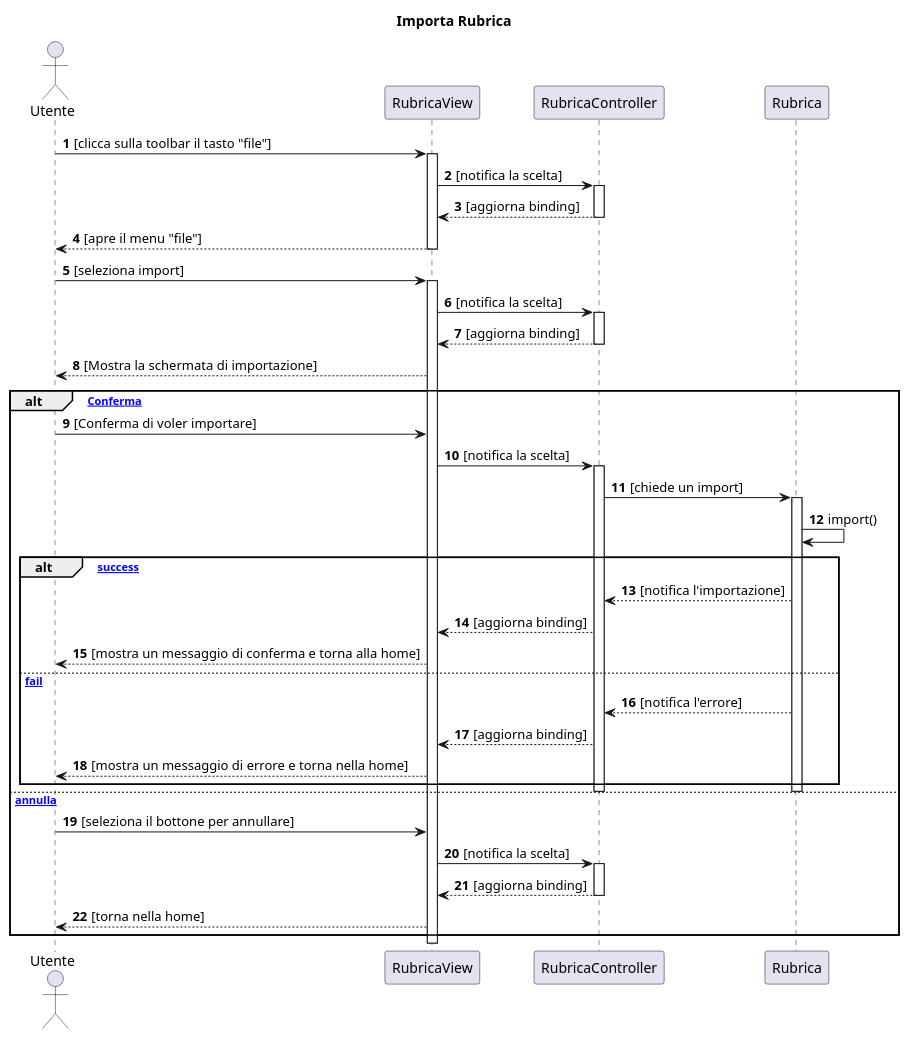
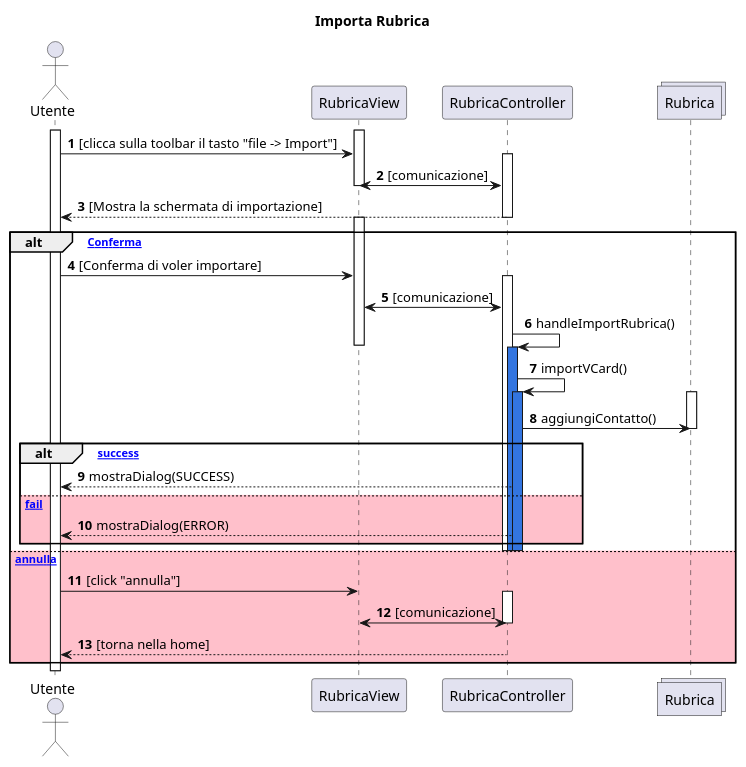
The diagram in docs/bozze/Diagrammi/Sequenza/ScenarioImport.puml (emanueletocci/uni-swe-project), drawn with PlantUML before and after one commit.

```diff
--- a/docs/bozze/Diagrammi/Sequenza/ScenarioImport.puml
+++ b/docs/bozze/Diagrammi/Sequenza/ScenarioImport.puml
@@ -1,53 +1,50 @@
 @startuml
 title Importa Rubrica
 autonumber
 actor Utente
 participant RubricaView
 participant RubricaController
-participant Rubrica
+collections Rubrica
 
-Utente->RubricaView:[clicca sulla toolbar il tasto "file"]
+activate Utente
 activate RubricaView
-RubricaView->RubricaController:[notifica la scelta]
+Utente->RubricaView:[clicca sulla toolbar il tasto "file -> Import"]
 activate RubricaController
-RubricaController-->RubricaView:[aggiorna binding]
+RubricaController<->RubricaView:[comunicazione]
+deactivate RubricaView
+RubricaController-->Utente:[Mostra la schermata di importazione]
 deactivate RubricaController
-RubricaView-->Utente:[apre il menu "file"]
+
+alt [Conferma]
+    activate RubricaView
+    Utente->RubricaView:[Conferma di voler importare]
+    activate RubricaController
+    RubricaView<->RubricaController:[comunicazione]
+    RubricaController->RubricaController : handleImportRubrica()
+    deactivate RubricaView
+    activate RubricaController #3375E0
+    RubricaController->RubricaController : importVCard()
+    activate RubricaController #3375E0
+    activate Rubrica
+    RubricaController->Rubrica : aggiungiContatto()
+    deactivate Rubrica
+    alt [import success]
+        RubricaController-->Utente: mostraDialog(SUCCESS)
+    else #pink [import fail] 
+        RubricaController-->Utente: mostraDialog(ERROR)
+    end
+    deactivate RubricaController
+    deactivate RubricaController
+    deactivate Rubrica
+    deactivate RubricaController
+    activate RubricaView
+else #pink [annulla]
+    Utente->RubricaView:[click "annulla"]
+    activate RubricaController
+    RubricaView<->RubricaController:[comunicazione]
+    deactivate RubricaController
+    RubricaController-->Utente:[torna nella home]
+end
 deactivate RubricaView
 
-Utente->RubricaView:[seleziona import]
-activate RubricaView
-RubricaView->RubricaController:[notifica la scelta]
-activate RubricaController
-RubricaController-->RubricaView:[aggiorna binding]
-deactivate RubricaController
-RubricaView-->Utente:[Mostra la schermata di importazione]
-
-alt [Conferma]
-    Utente->RubricaView:[Conferma di voler importare]
-    RubricaView->RubricaController:[notifica la scelta]
-    activate RubricaController
-    RubricaController->Rubrica:[chiede un import]
-    activate Rubrica
-    Rubrica->Rubrica:import()
-    alt [import success]
-        Rubrica-->RubricaController:[notifica l'importazione]
-        RubricaController-->RubricaView:[aggiorna binding]
-        RubricaView-->Utente:[mostra un messaggio di conferma e torna alla home]
-    else [import fail]
-        Rubrica-->RubricaController:[notifica l'errore]
-        RubricaController-->RubricaView:[aggiorna binding]
-        RubricaView-->Utente:[mostra un messaggio di errore e torna nella home]
-    end
-    deactivate Rubrica
-    deactivate RubricaController
-else [annulla]
-    Utente->RubricaView:[seleziona il bottone per annullare]
-    RubricaView->RubricaController:[notifica la scelta]
-    activate RubricaController
-    RubricaController-->RubricaView:[aggiorna binding]
-    deactivate RubricaController
-    RubricaView-->Utente:[torna nella home]
-end
-
 @enduml
```
